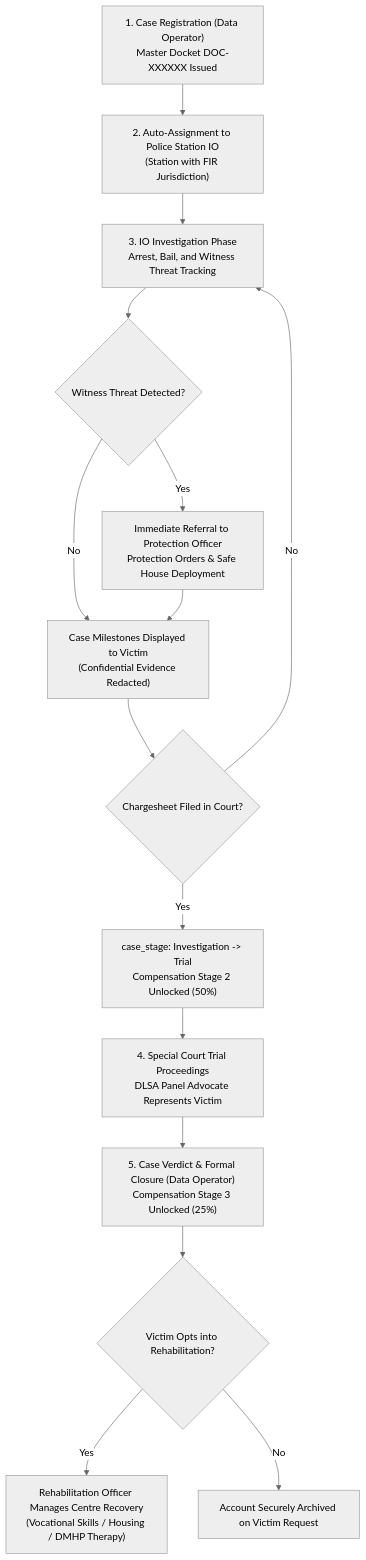
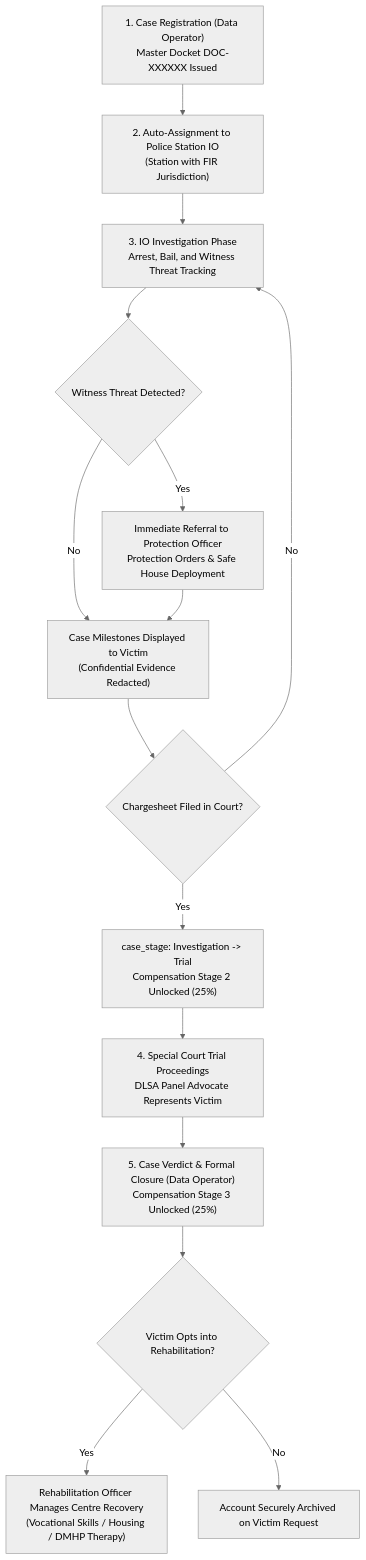
One commit to Ganga9115/Mansakha changed the third of 7 diagrams in Mansakha/README.md. Above: the diagram before and after it, drawn with Mermaid (neutral theme). The commit also changed other lines of this file, not shown here.

First line of the commit message:
Correct README figures against the live scoring/compensation/dispatch code

````diff
--- a/Mansakha/README.md
+++ b/Mansakha/README.md
@@ -204,21 +200,21 @@
 ```mermaid
 graph TD
     Reg["1. Case Registration (Data Operator)<br/>Master Docket DOC-XXXXXX Issued"] --> AssignIO["2. Auto-Assignment to Police Station IO<br/>(Station with FIR Jurisdiction)"]
     AssignIO --> Investigate["3. IO Investigation Phase<br/>Arrest, Bail, and Witness Threat Tracking"]
   
     Investigate --> ThreatCheck{"Witness Threat Detected?"}
     ThreatCheck -->|Yes| AlertPO["Immediate Referral to Protection Officer<br/>Protection Orders & Safe House Deployment"]
     ThreatCheck -->|No| CaseProgress["Case Milestones Displayed to Victim<br/>(Confidential Evidence Redacted)"]
     AlertPO --> CaseProgress
   
     CaseProgress --> Chargesheet{"Chargesheet Filed in Court?"}
-    Chargesheet -->|Yes| UnlockStage2["case_stage: Investigation -> Trial<br/>Compensation Stage 2 Unlocked (50%)"]
+    Chargesheet -->|Yes| UnlockStage2["case_stage: Investigation -> Trial<br/>Compensation Stage 2 Unlocked (25%)"]
     Chargesheet -->|No| Investigate
   
     UnlockStage2 --> Trial["4. Special Court Trial Proceedings<br/>DLSA Panel Advocate Represents Victim"]
     Trial --> CaseClose["5. Case Verdict & Formal Closure (Data Operator)<br/>Compensation Stage 3 Unlocked (25%)"]
   
     CaseClose --> RehabOptIn{"Victim Opts into Rehabilitation?"}
     RehabOptIn -->|Yes| RehabCentre["Rehabilitation Officer Manages Centre Recovery<br/>(Vocational Skills / Housing / DMHP Therapy)"]
     RehabOptIn -->|No| Deactivate["Account Securely Archived on Victim Request"]
 ```
````
